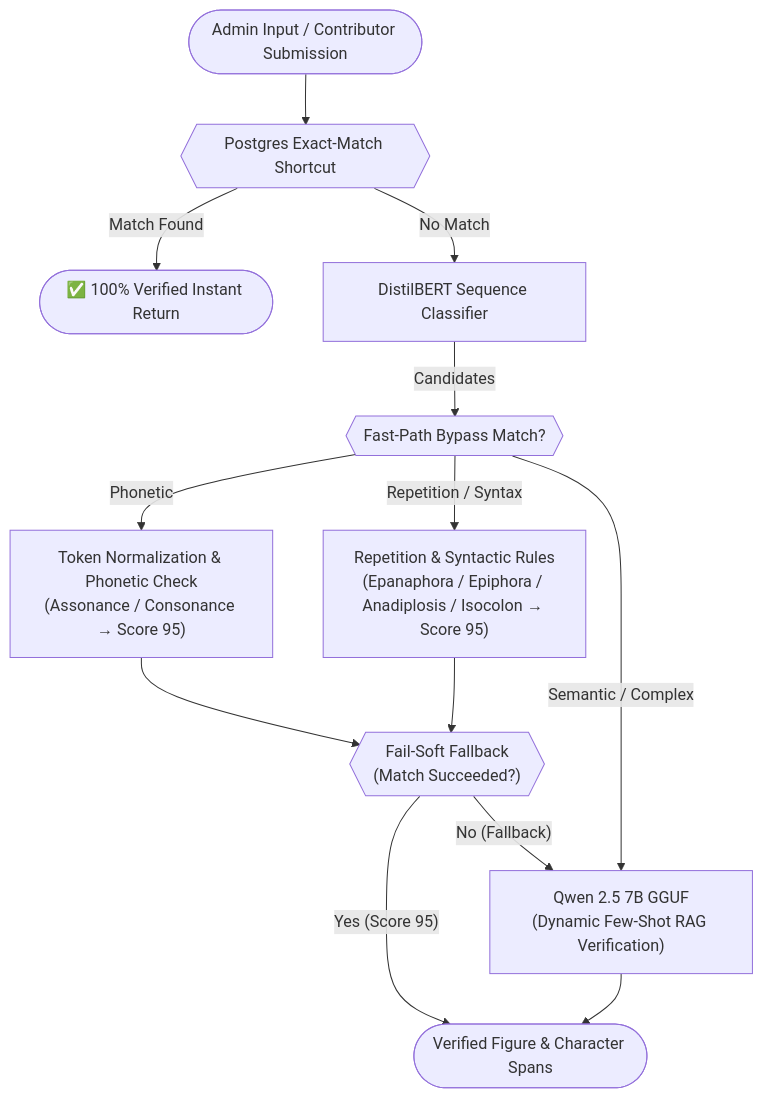
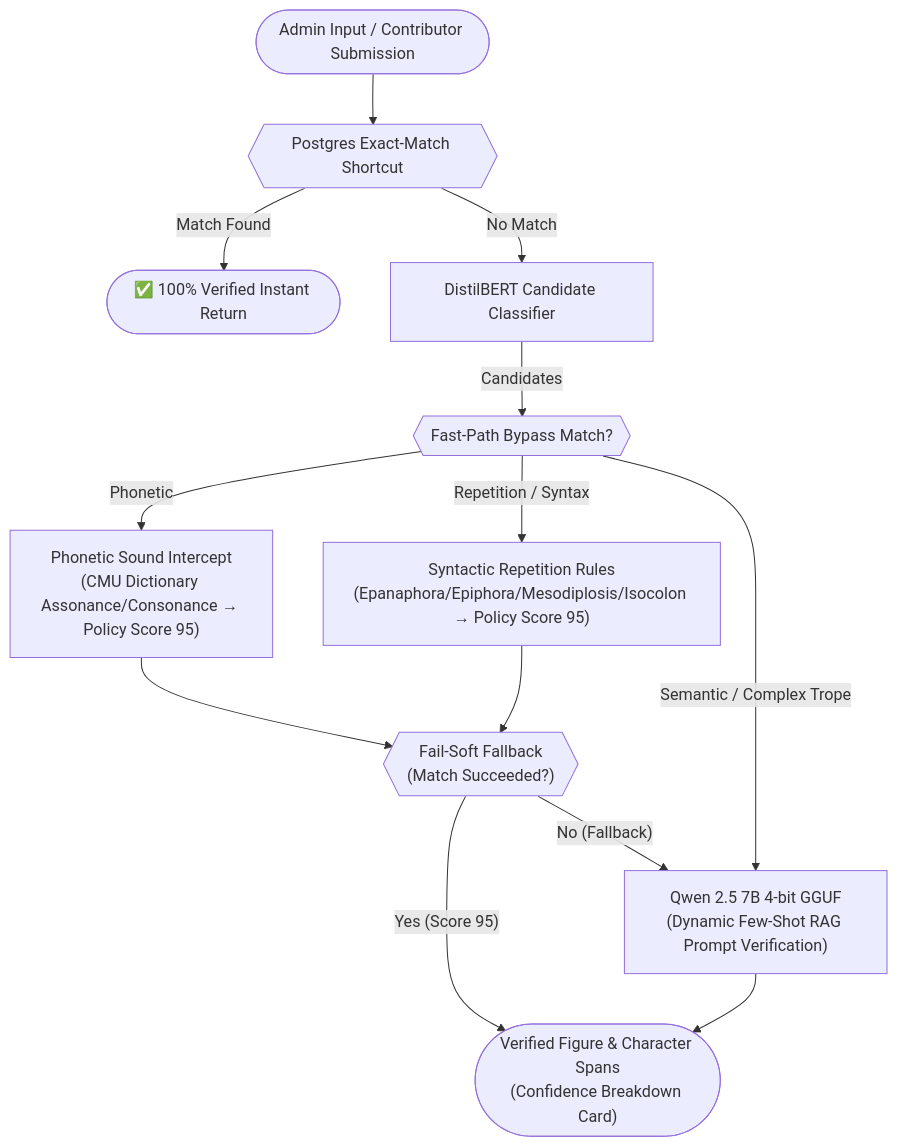
One commit to prabhsharan1/Research_iSocrates changed the first of 2 diagrams in README.md. Above: the diagram before and after it, drawn with Mermaid. The commit also changed other lines of this file, not shown here.

````diff
--- a/README.md
+++ b/README.md
@@ -15,26 +15,26 @@
 ```mermaid
 flowchart TD
     A1(["Admin Input / Contributor Submission"])
     B1{{"Postgres Exact-Match Shortcut"}}
     C1(["✅ 100% Verified Instant Return"])
-    D1["DistilBERT Sequence Classifier"]
+    D1["DistilBERT Candidate Classifier"]
     E1{{"Fast-Path Bypass Match?"}}
-    F1["Token Normalization & Phonetic Check\n(Assonance / Consonance → Score 95)"]
-    G1["Repetition & Syntactic Rules\n(Epanaphora / Epiphora / Anadiplosis / Isocolon → Score 95)"]
+    F1["Phonetic Sound Intercept\n(CMU Dictionary Assonance/Consonance → Policy Score 95)"]
+    G1["Syntactic Repetition Rules\n(Epanaphora/Epiphora/Mesodiplosis/Isocolon → Policy Score 95)"]
     H1{{"Fail-Soft Fallback\n(Match Succeeded?)"}}
-    I1["Qwen 2.5 7B GGUF\n(Dynamic Few-Shot RAG Verification)"]
-    J1(["Verified Figure & Character Spans"])
+    I1["Qwen 2.5 7B 4-bit GGUF\n(Dynamic Few-Shot RAG Prompt Verification)"]
+    J1(["Verified Figure & Character Spans\n(Confidence Breakdown Card)"])
 
     A1 --> B1
     B1 -- "Match Found" --> C1
     B1 -- "No Match" --> D1
     D1 -- "Candidates" --> E1
     E1 -- "Phonetic" --> F1
     E1 -- "Repetition / Syntax" --> G1
     F1 --> H1
     G1 --> H1
     H1 -- "Yes (Score 95)" --> J1
     H1 -- "No (Fallback)" --> I1
-    E1 -- "Semantic / Complex" --> I1
+    E1 -- "Semantic / Complex Trope" --> I1
     I1 --> J1
 ```
````
